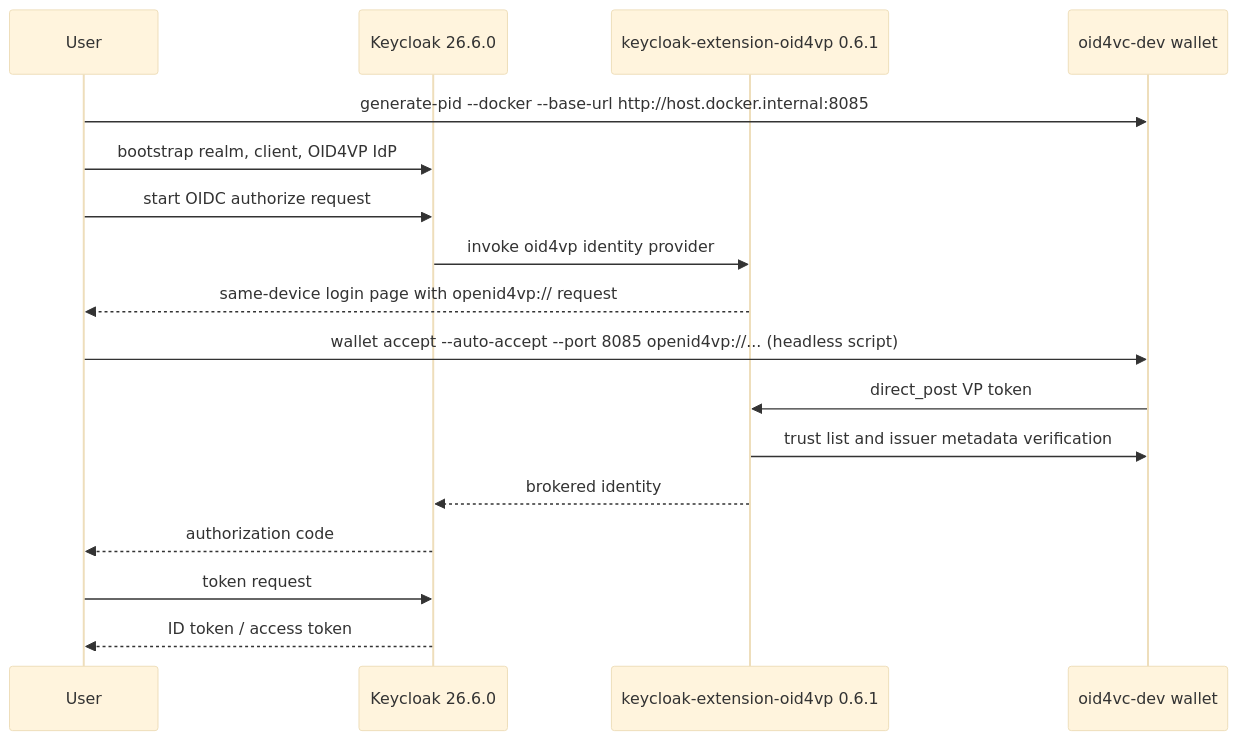
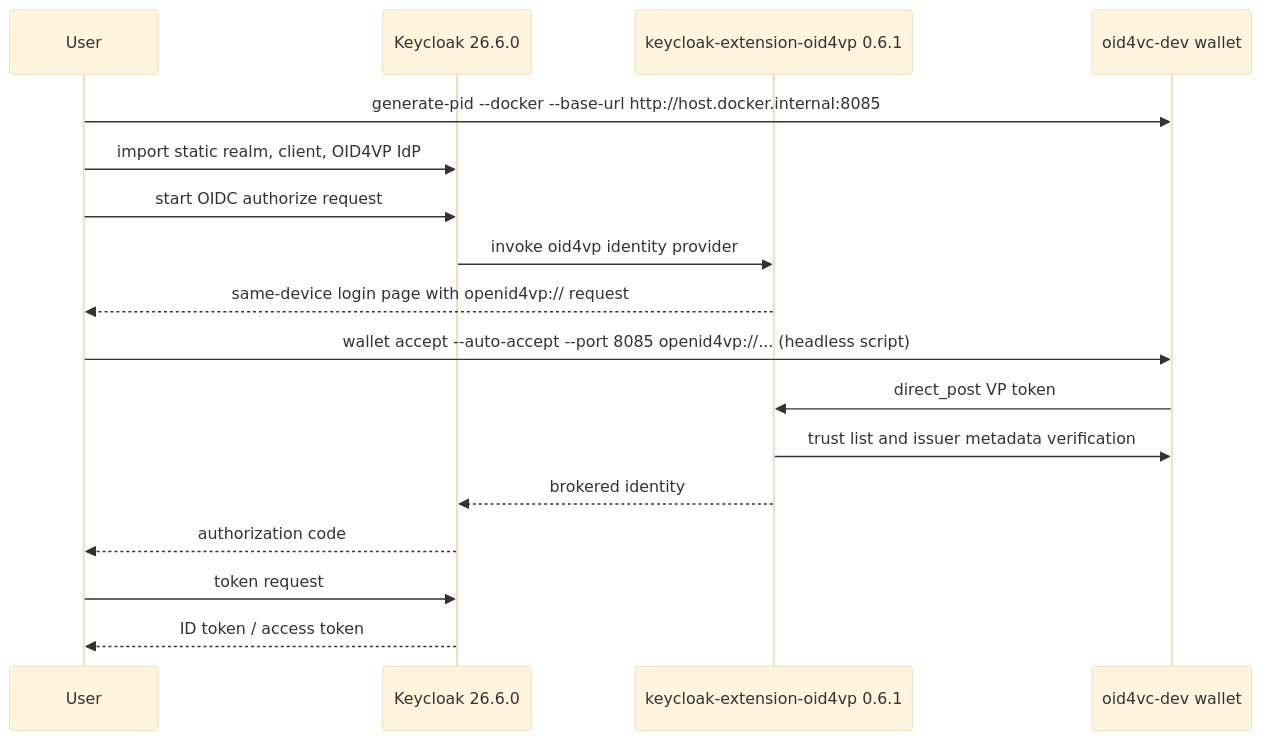
The diagram in examples/keycloak-verifier-oid4vp/README.md (dominikschlosser/ssi-debugger), drawn with Mermaid (base theme) before and after one commit. The commit also changed other lines of this file and 33 other files, not shown here.

````diff
--- a/examples/keycloak-verifier-oid4vp/README.md
+++ b/examples/keycloak-verifier-oid4vp/README.md
@@ -15,20 +15,20 @@
 ```mermaid
 sequenceDiagram
     participant U as User
     participant KC as Keycloak 26.6.0
     participant EXT as keycloak-extension-oid4vp 0.6.1
     participant W as oid4vc-dev wallet
 
     U->>W: generate-pid --docker --base-url http://host.docker.internal:8085
-    U->>KC: bootstrap realm, client, OID4VP IdP
+    U->>KC: import static realm, client, OID4VP IdP
     U->>KC: start OIDC authorize request
     KC->>EXT: invoke oid4vp identity provider
     EXT-->>U: same-device login page with openid4vp:// request
     U->>W: wallet accept --auto-accept --port 8085 openid4vp://... (headless script)
     W->>EXT: direct_post VP token
     EXT->>W: trust list and issuer metadata verification
     EXT-->>KC: brokered identity
     KC-->>U: authorization code
     U->>KC: token request
     KC-->>U: ID token / access token
 ```
````
